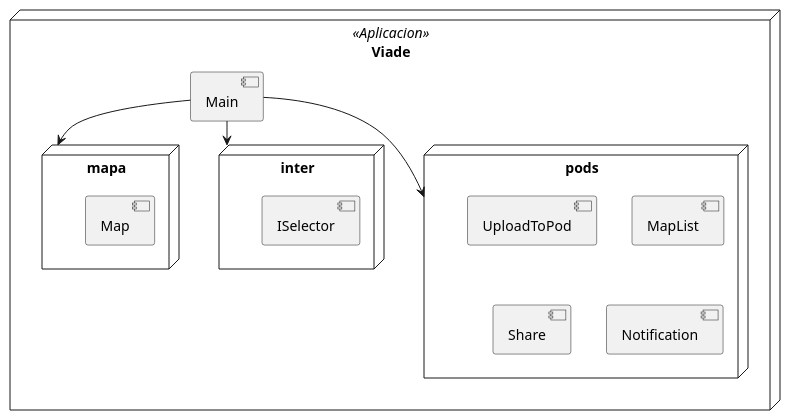
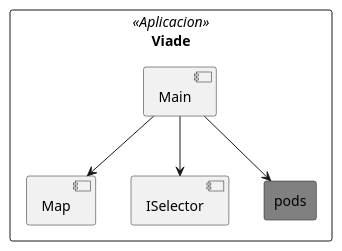
One commit to Arquisoft/viade_es1a changed the second of 3 diagrams in src/docs/05_building_block_view.adoc. Above: the diagram before and after it, drawn with PlantUML. The commit also changed other lines of this file and 4 other files, not shown here.

Commit message:
Añadidos nuevos diagramas

```diff
--- a/src/docs/05_building_block_view.adoc
+++ b/src/docs/05_building_block_view.adoc
@@ -38,27 +42,23 @@
 [plantuml,Segundo nivel,png]
 ----
 @startuml
-node Viade <<Aplicacion>>{
-  
+rectangle Viade <<Aplicacion>>{
+skinparam rectangle{
+  backgroundColor<<Aplicacion>>  White
+  backgroundColor Grey
+  }
   [Main]
   
 
-  Main -down-> mapa
-  Main -down-> inter
+  Main -down-> [Map]
+  Main -down-> [ISelector]
   Main -down-> pods
   
-  node "Gestor de Mapa" as mapa{
-    [Map]
+    rectangle "Gestor de Pods" as pods{
+
   }
-    node "Gestor de Pods" as pods{
-    [UploadToPod]
-    [MapList]
-    [Share]
-    [Notification]
-  }
-  node "Internacionalización" as inter{
-    [ISelector]
-  }
+  
+  
 }
 @enduml
 ----
```
